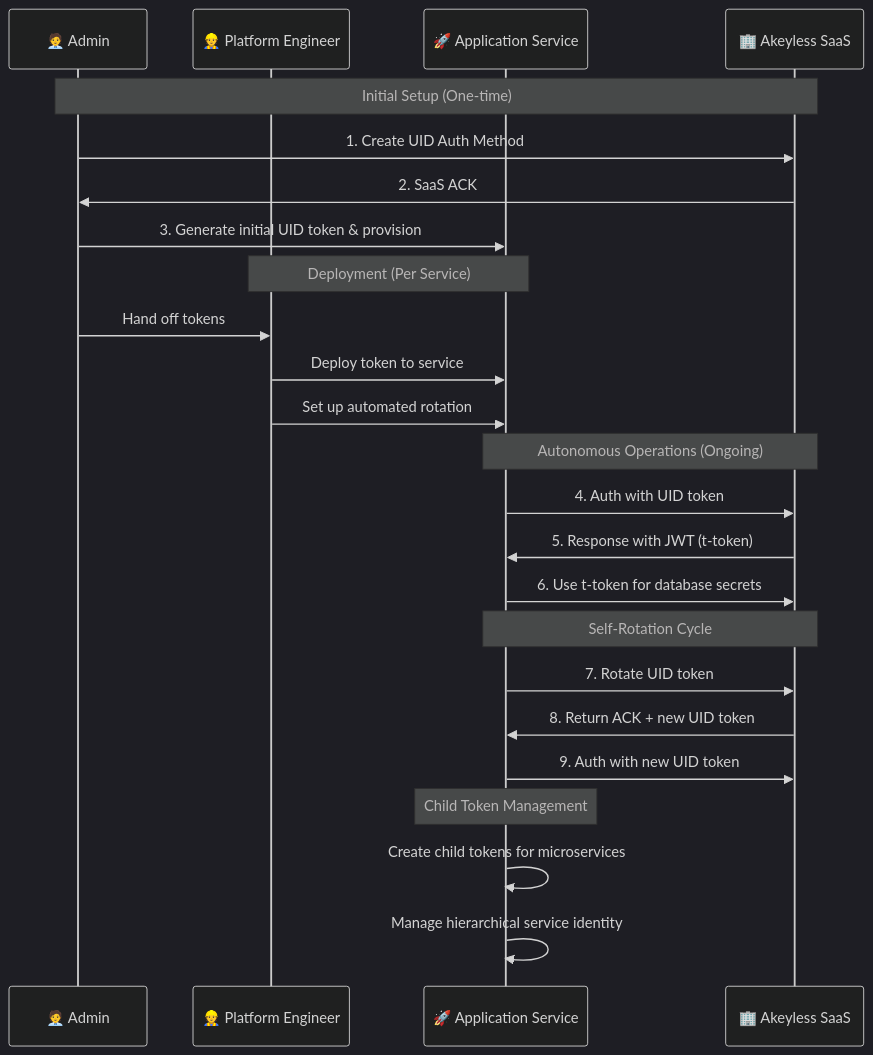
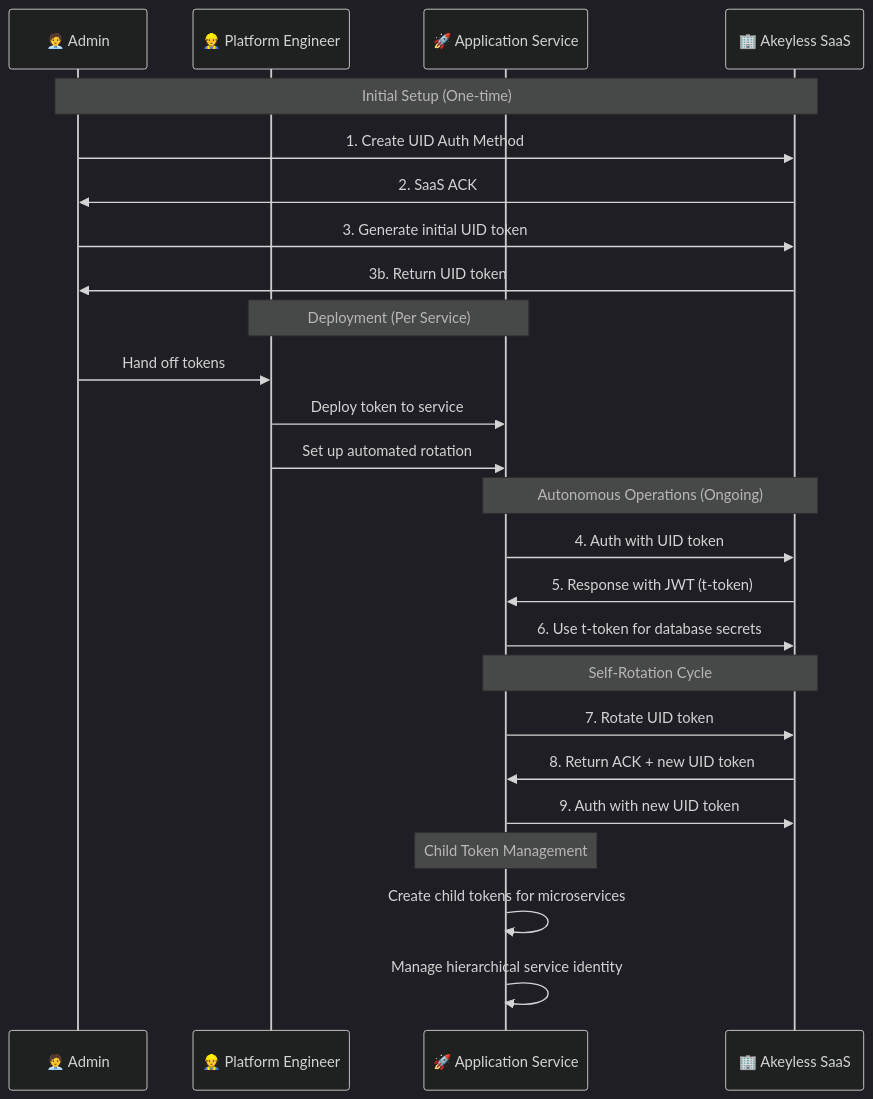
One commit to samgabrail/akeyless-uid changed the third of 3 diagrams in blog-post.md. Above: the diagram before and after it, drawn with Mermaid (dark theme). The commit also changed 8 other files, not shown here.

Commit message:
fixed diagrams

````diff
--- a/blog-post.md
+++ b/blog-post.md
@@ -507,31 +507,32 @@
 ```mermaid
 sequenceDiagram
     participant A as 🧑‍💼 Admin
     participant P as 👷 Platform Engineer  
     participant AS as 🚀 Application Service
     participant S as 🏢 Akeyless SaaS
 
     Note over A,S: Initial Setup (One-time)
     A->>S: 1. Create UID Auth Method
     S->>A: 2. SaaS ACK
-    A->>AS: 3. Generate initial UID token & provision
+    A->>S: 3. Generate initial UID token
+    S->>A: 3b. Return UID token
     
     Note over P,AS: Deployment (Per Service)
     A->>P: Hand off tokens
     P->>AS: Deploy token to service
     P->>AS: Set up automated rotation
     
     Note over AS,S: Autonomous Operations (Ongoing)
     AS->>S: 4. Auth with UID token
     S->>AS: 5. Response with JWT (t-token)
     AS->>S: 6. Use t-token for database secrets
     
     Note over AS,S: Self-Rotation Cycle
     AS->>S: 7. Rotate UID token
     S->>AS: 8. Return ACK + new UID token
     AS->>S: 9. Auth with new UID token
     
     Note over AS: Child Token Management
     AS->>AS: Create child tokens for microservices
     AS->>AS: Manage hierarchical service identity
 ```
````
